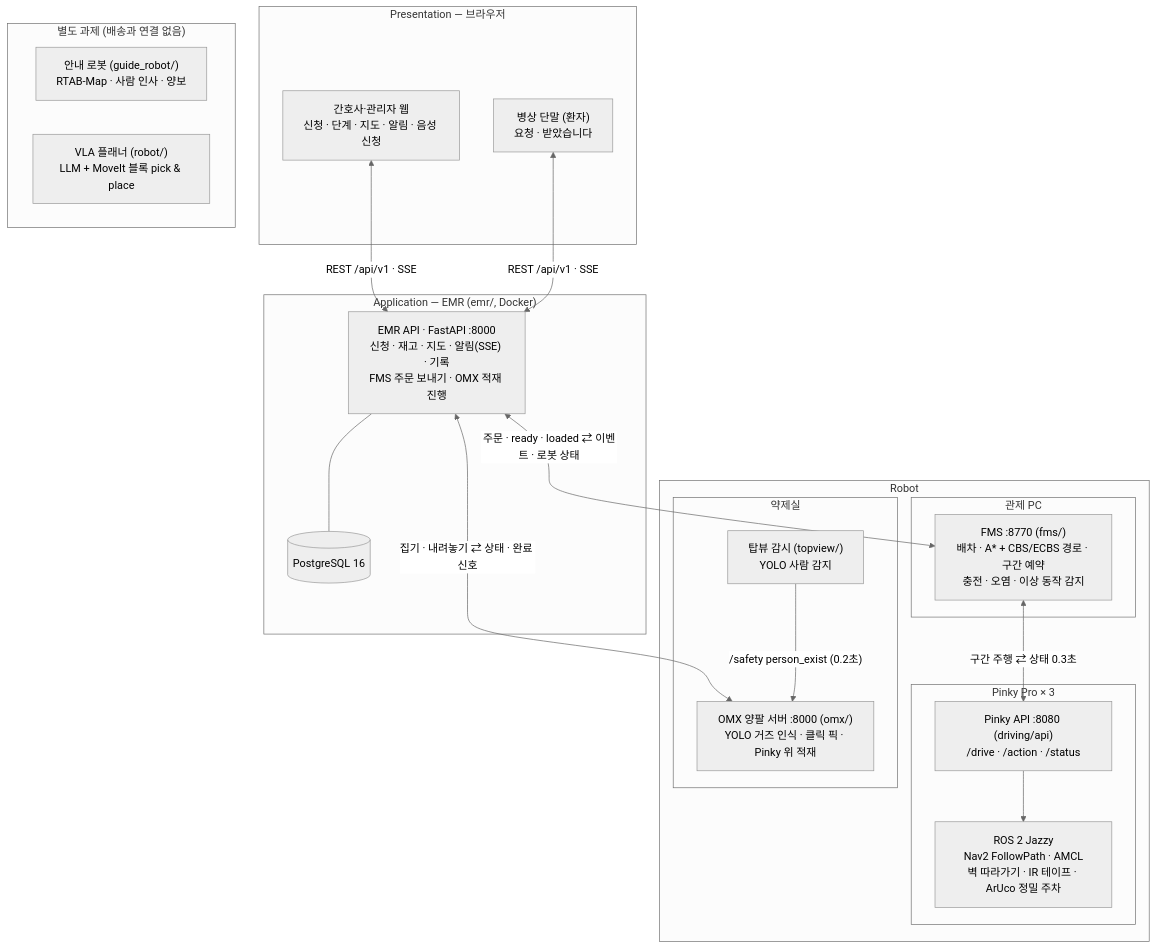
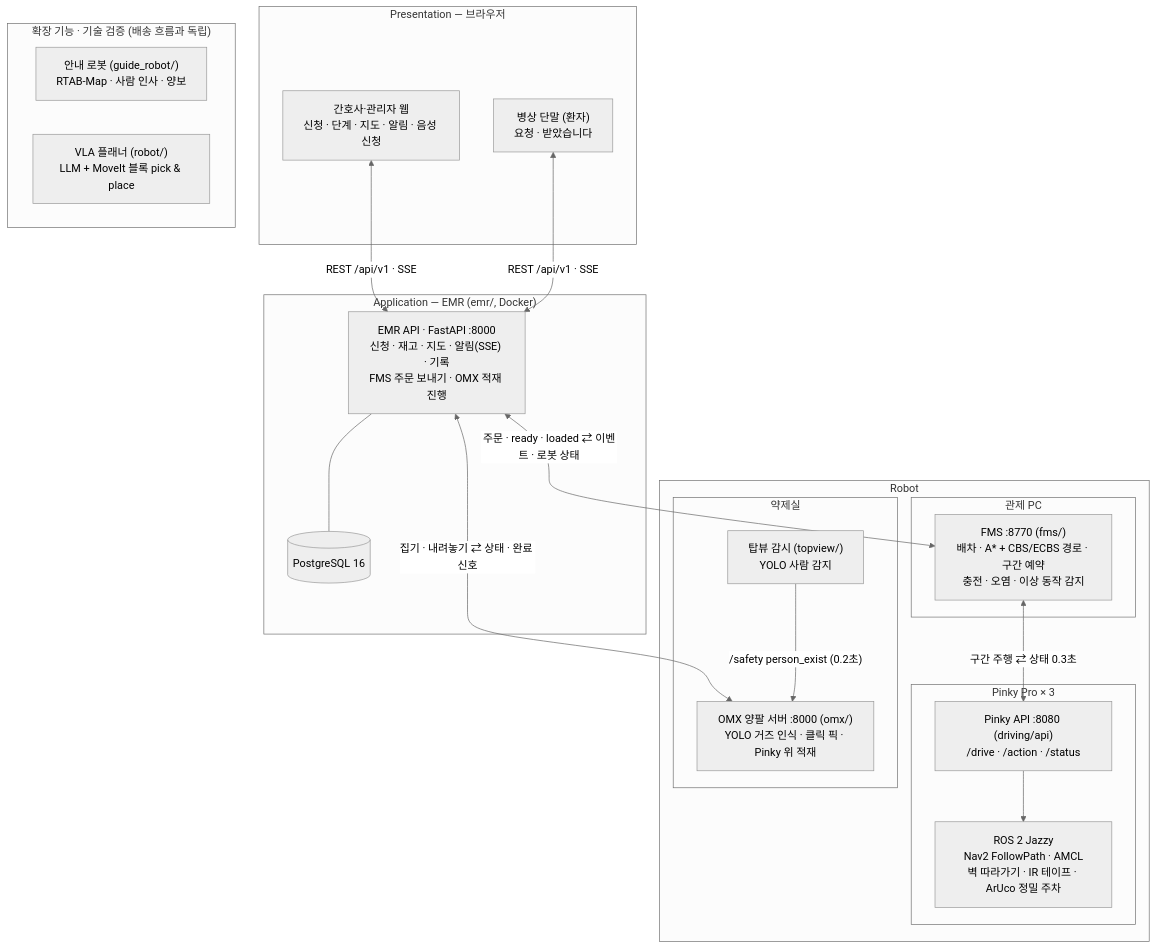
Before and after one commit to kernel-robot-9th/kernel-robot-repo-2: the diagram in docs/architecture/README.md, drawn with Mermaid (neutral theme). The commit also changed other lines of this file and 3 other files, not shown here.

````diff
--- a/docs/architecture/README.md
+++ b/docs/architecture/README.md
@@ -19,39 +19,39 @@
 ```mermaid
 flowchart TB
   subgraph P["Presentation — 브라우저"]
     UI["간호사·관리자 웹<br/>신청 · 단계 · 지도 · 알림 · 음성 신청"]
     BED["병상 단말 (환자)<br/>요청 · 받았습니다"]
   end
 
   subgraph A["Application — EMR (emr/, Docker)"]
     API["EMR API · FastAPI :8000<br/>신청 · 재고 · 지도 · 알림(SSE) · 기록<br/>FMS 주문 보내기 · OMX 적재 진행"]
     DB[("PostgreSQL 16")]
   end
 
   subgraph R["Robot"]
     subgraph PC["관제 PC"]
       FMS["FMS :8770 (fms/)<br/>배차 · A* + CBS/ECBS 경로 · 구간 예약<br/>충전 · 오염 · 이상 동작 감지"]
     end
     subgraph PK["Pinky Pro × 3"]
       PAPI["Pinky API :8080 (driving/api)<br/>/drive · /action · /status"]
       ROS["ROS 2 Jazzy<br/>Nav2 FollowPath · AMCL<br/>벽 따라가기 · IR 테이프 · ArUco 정밀 주차"]
     end
     subgraph PH["약제실"]
       OMX["OMX 양팔 서버 :8000 (omx/)<br/>YOLO 거즈 인식 · 클릭 픽 · Pinky 위 적재"]
       TOP["탑뷰 감시 (topview/)<br/>YOLO 사람 감지"]
     end
   end
 
-  subgraph S["별도 과제 (배송과 연결 없음)"]
+  subgraph S["확장 기능 · 기술 검증 (배송 흐름과 독립)"]
     GUIDE["안내 로봇 (guide_robot/)<br/>RTAB-Map · 사람 인사 · 양보"]
     VLA["VLA 플래너 (robot/)<br/>LLM + MoveIt 블록 pick & place"]
   end
 
   UI & BED <-->|"REST /api/v1 · SSE"| API
   API --- DB
   API <-->|"주문 · ready · loaded ⇄ 이벤트 · 로봇 상태"| FMS
   FMS <-->|"구간 주행 ⇄ 상태 0.3초"| PAPI
   PAPI --> ROS
   API <-->|"집기 · 내려놓기 ⇄ 상태 · 완료 신호"| OMX
   TOP -->|"/safety person_exist (0.2초)"| OMX
 ```
````
